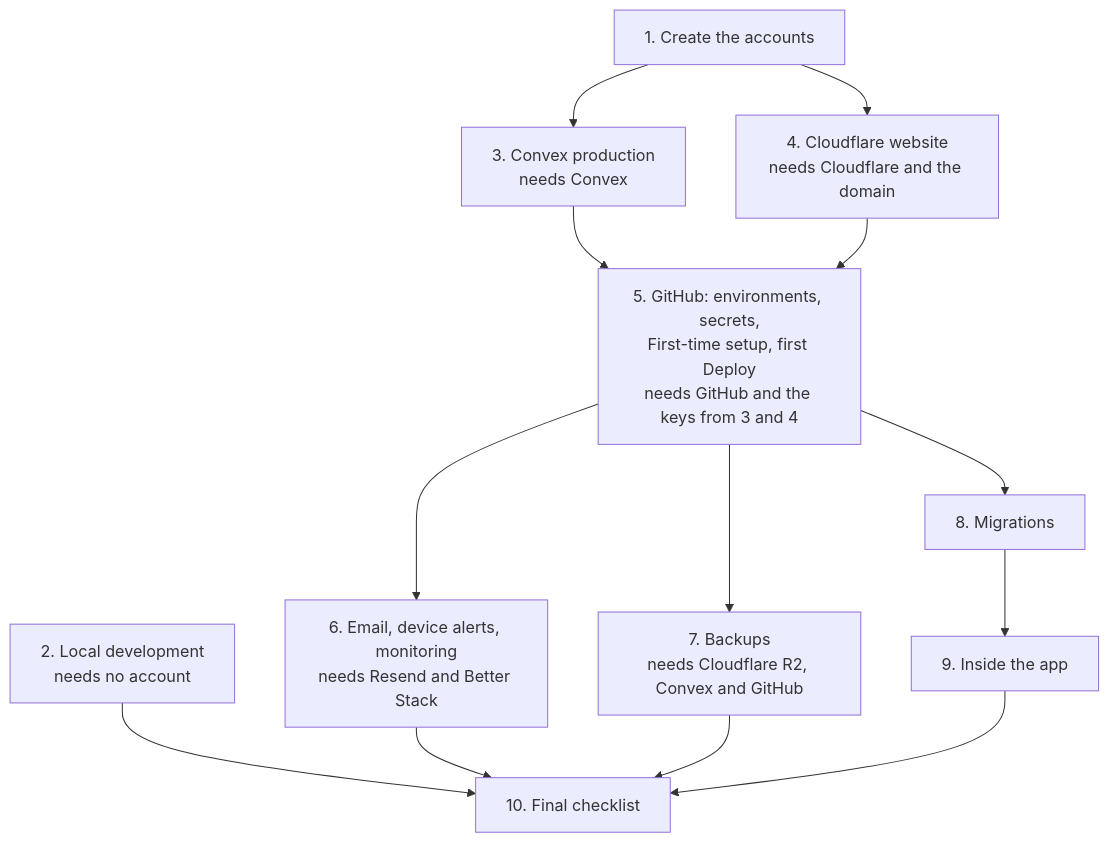
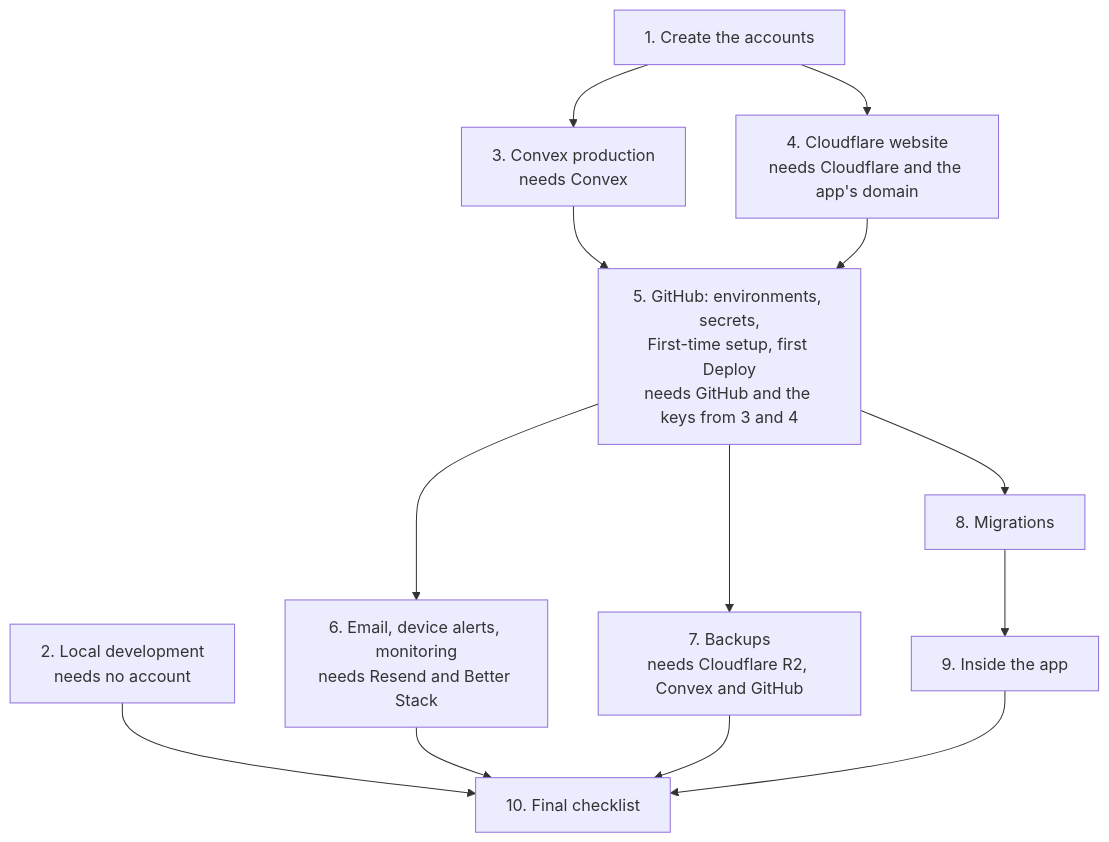
One commit to angelone-aviation/AO-aircraft-maintenance changed the diagram in docs/handbook/3-running-it/setup-from-scratch.md. Above: the diagram before and after it, drawn with Mermaid. The commit also changed other lines of this file and 5 other files, not shown here.

````diff
--- a/docs/handbook/3-running-it/setup-from-scratch.md
+++ b/docs/handbook/3-running-it/setup-from-scratch.md
@@ -16,25 +16,25 @@
 ```mermaid
 flowchart TD
   S1["1. Create the accounts"]
   S2["2. Local development<br/>needs no account"]
   S3["3. Convex production<br/>needs Convex"]
-  S4["4. Cloudflare website<br/>needs Cloudflare and the domain"]
+  S4["4. Cloudflare website<br/>needs Cloudflare and the app's domain"]
   S5["5. GitHub: environments, secrets,<br/>First-time setup, first Deploy<br/>needs GitHub and the keys from 3 and 4"]
   S6["6. Email, device alerts, monitoring<br/>needs Resend and Better Stack"]
   S7["7. Backups<br/>needs Cloudflare R2, Convex and GitHub"]
   S8["8. Migrations"]
   S9["9. Inside the app"]
   S10["10. Final checklist"]
   S1 --> S3
   S1 --> S4
   S3 --> S5
   S4 --> S5
   S5 --> S6
   S5 --> S7
   S5 --> S8
   S8 --> S9
   S2 --> S10
   S6 --> S10
   S7 --> S10
   S9 --> S10
 ```
````
